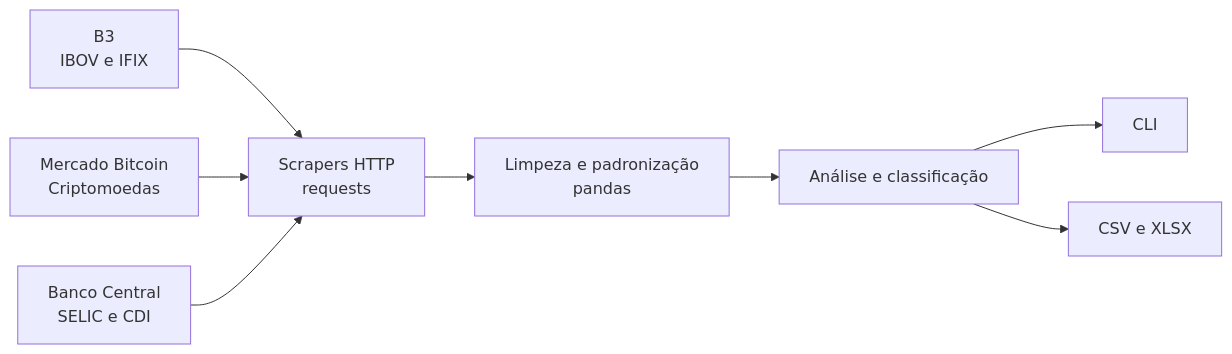
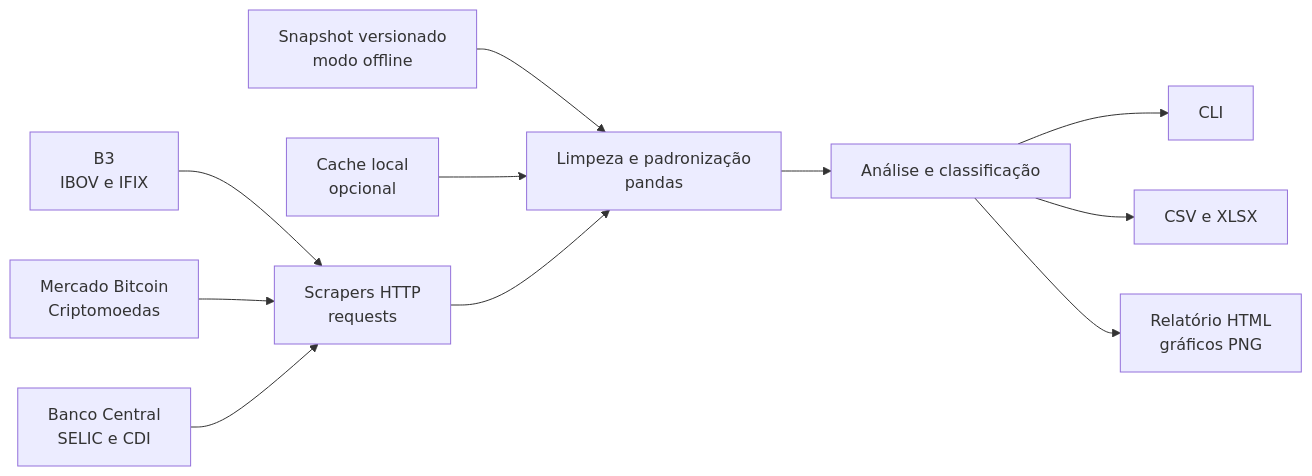
One commit to lucas-favero027/financial-market-web-scraper changed the diagram in README.md. Above: the diagram before and after it, drawn with Mermaid. The commit also changed other lines of this file and 2 other files, not shown here.

````diff
--- a/README.md
+++ b/README.md
@@ -79,10 +87,13 @@
 ```mermaid
 flowchart LR
     B3["B3<br/>IBOV e IFIX"] --> S["Scrapers HTTP<br/>requests"]
     MB["Mercado Bitcoin<br/>Criptomoedas"] --> S
     BCB["Banco Central<br/>SELIC e CDI"] --> S
+    SNAP["Snapshot versionado<br/>modo offline"] --> P
+    CACHE["Cache local<br/>opcional"] --> P
     S --> P["Limpeza e padronização<br/>pandas"]
     P --> A["Análise e classificação"]
     A --> C["CLI"]
     A --> E["CSV e XLSX"]
+    A --> R["Relatório HTML<br/>gráficos PNG"]
 ```
````
